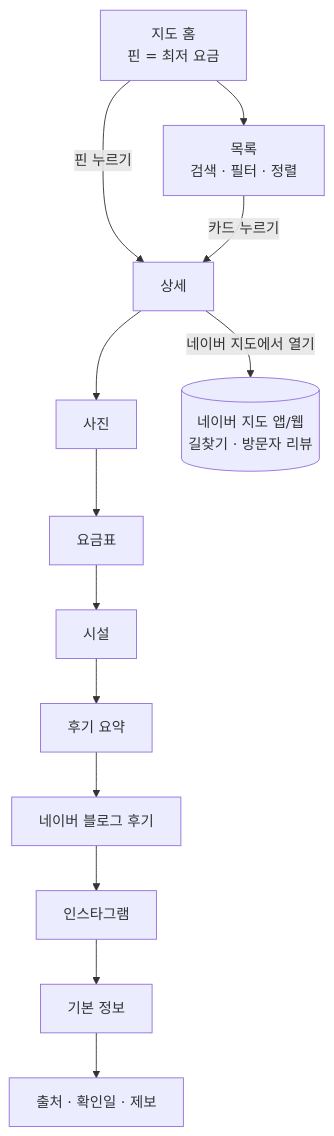
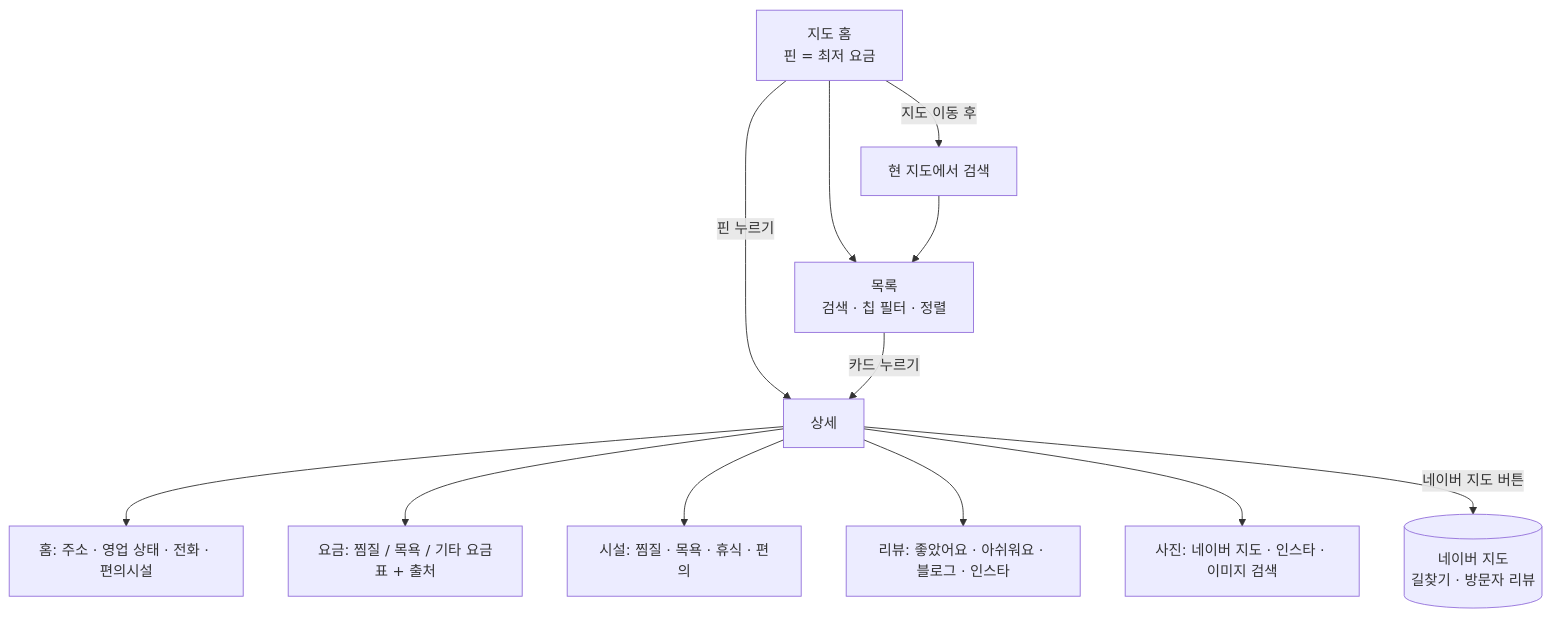
One commit to howoo101/test changed the first of 2 diagrams in jjimjilbang-map/docs/기획서.md. Above: the diagram before and after it, drawn with Mermaid. The commit also changed other lines of this file and 11 other files, not shown here.

````diff
--- a/jjimjilbang-map/docs/기획서.md
+++ b/jjimjilbang-map/docs/기획서.md
@@ -91,9 +96,14 @@
 ```mermaid
 flowchart TD
-  H[지도 홈<br/>핀 = 최저 요금] --> L[목록<br/>검색 · 필터 · 정렬]
+  H[지도 홈<br/>핀 = 최저 요금] --> L[목록<br/>검색 · 칩 필터 · 정렬]
   H -->|핀 누르기| D[상세]
   L -->|카드 누르기| D
-  D --> D1[사진] --> D2[요금표] --> D3[시설] --> D4[후기 요약]
-  D4 --> D5[네이버 블로그 후기] --> D6[인스타그램] --> D7[기본 정보] --> D8[출처 · 확인일 · 제보]
-  D -->|네이버 지도에서 열기| N[(네이버 지도 앱/웹<br/>길찾기 · 방문자 리뷰)]
+  H -->|지도 이동 후| A[현 지도에서 검색]
+  A --> L
+  D --> T1[홈: 주소 · 영업 상태 · 전화 · 편의시설]
+  D --> T2[요금: 찜질 / 목욕 / 기타 요금표 + 출처]
+  D --> T3[시설: 찜질 · 목욕 · 휴식 · 편의]
+  D --> T4[리뷰: 좋았어요 · 아쉬워요 · 블로그 · 인스타]
+  D --> T5[사진: 네이버 지도 · 인스타 · 이미지 검색]
+  D -->|네이버 지도 버튼| N[(네이버 지도<br/>길찾기 · 방문자 리뷰)]
 ```
````
